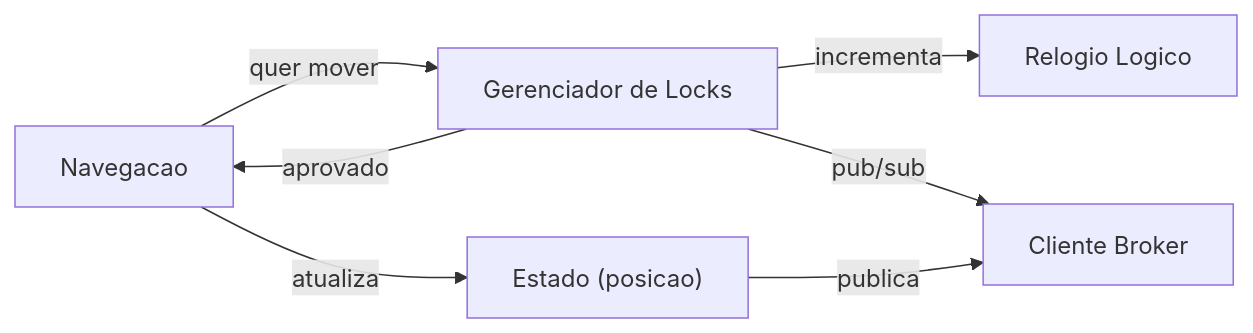
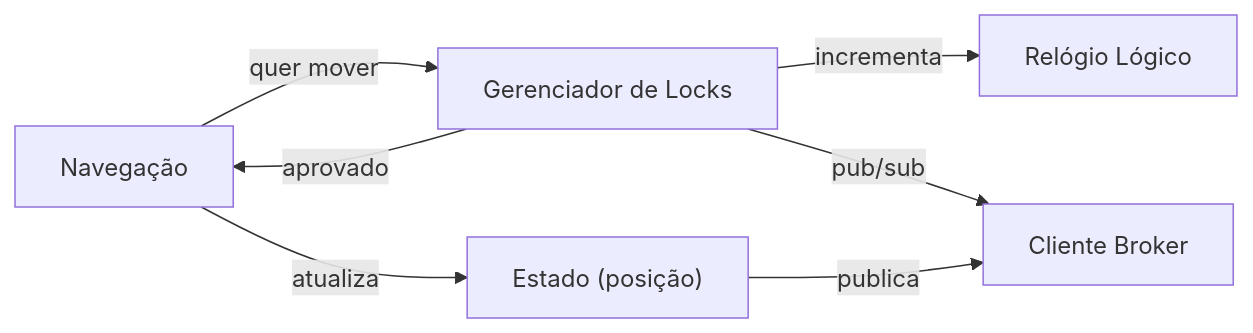
The first of 5 diagrams in docs/PLANNING.md (kaualimadesouza/EP_DSID), drawn with Mermaid before and after one commit. The commit also changed other lines of this file and 5 other files, not shown here.

````diff
--- a/docs/PLANNING.md
+++ b/docs/PLANNING.md
@@ -63,9 +79,9 @@
 ```mermaid
 graph LR
-    NAV["Navegacao"] -->|"quer mover"| LOCK["Gerenciador de Locks"]
-    LOCK -->|"incrementa"| LAMP["Relogio Logico"]
+    NAV["Navegação"] -->|"quer mover"| LOCK["Gerenciador de Locks"]
+    LOCK -->|"incrementa"| LAMP["Relógio Lógico"]
     LOCK -->|"pub/sub"| BROKER["Cliente Broker"]
     LOCK -->|"aprovado"| NAV
-    NAV -->|"atualiza"| POS["Estado (posicao)"]
+    NAV -->|"atualiza"| POS["Estado (posição)"]
     POS -->|"publica"| BROKER
 ```
````
